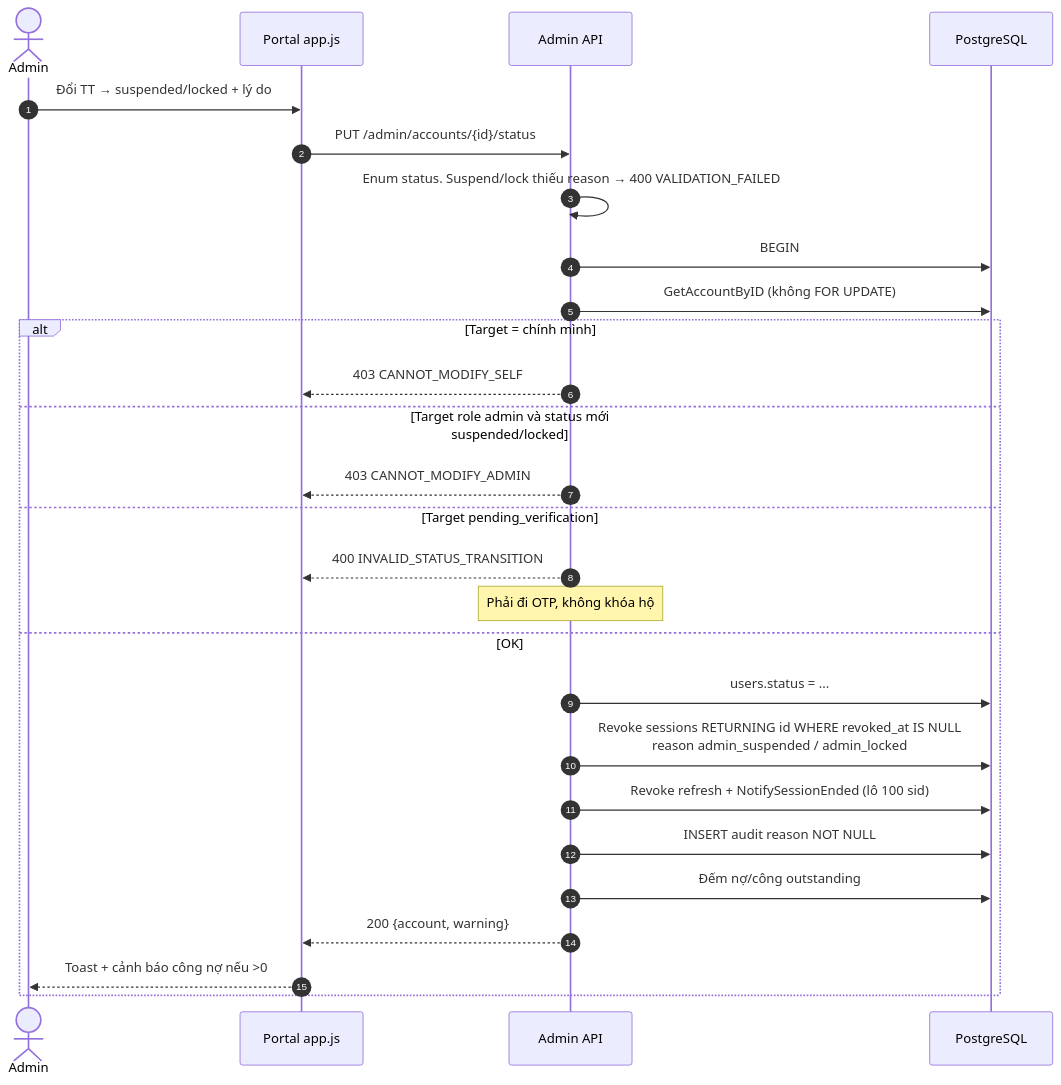
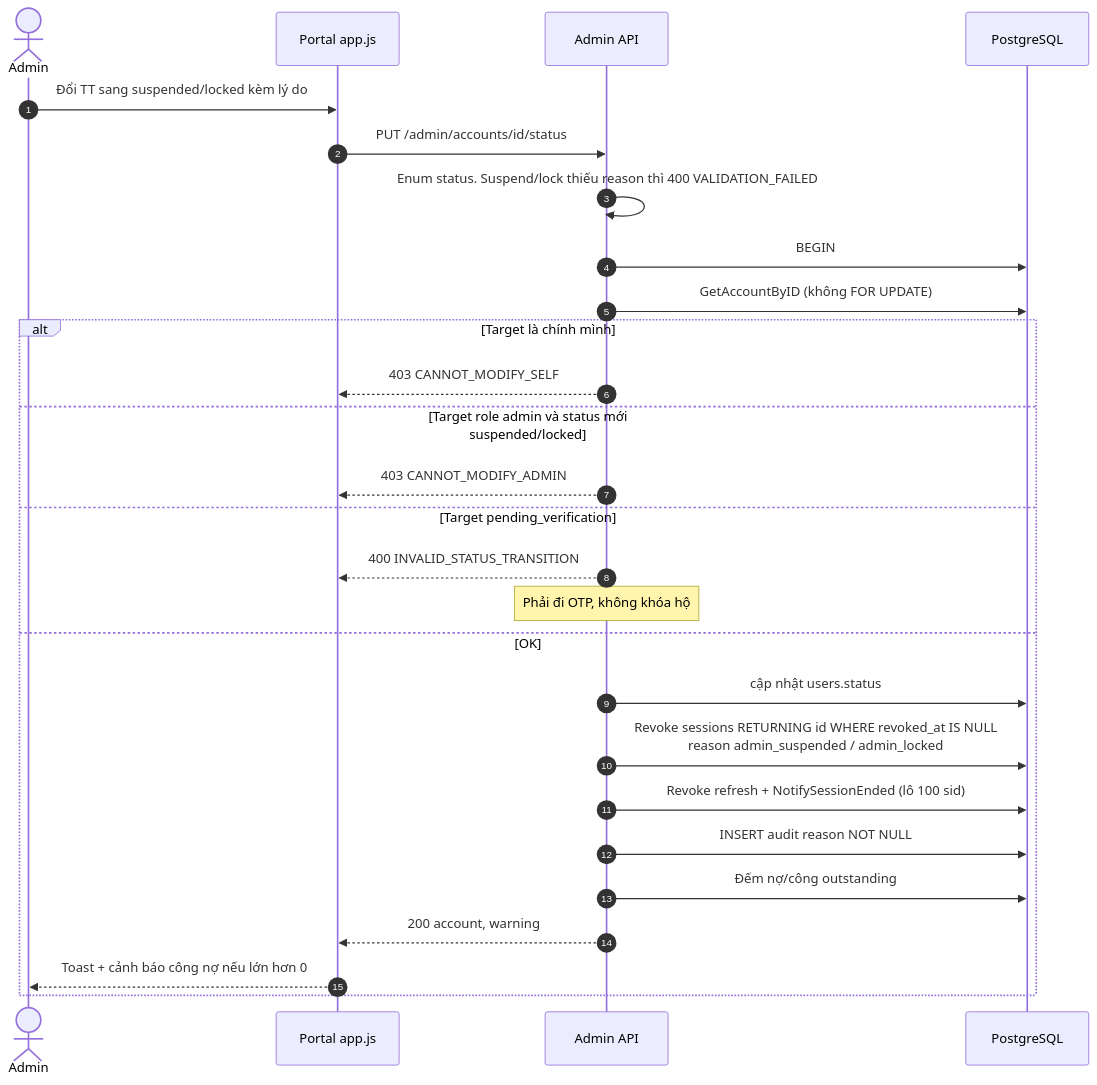
The first of 5 diagrams in flow/06-admin.md (FintechVSF-Tranning/PaySplit-RP), drawn with Mermaid before and after one commit. The commit also changed other lines of this file and 7 other files, not shown here.

First line of the commit message:
Refactor notification flow and admin management documentation

````diff
--- a/flow/06-admin.md
+++ b/flow/06-admin.md
@@ -70,30 +70,30 @@
 ```mermaid
 sequenceDiagram
     autonumber
     actor A as Admin
     participant FE as Portal app.js
     participant BE as Admin API
     participant DB as PostgreSQL
 
-    A->>FE: Đổi TT → suspended/locked + lý do
-    FE->>BE: PUT /admin/accounts/{id}/status
-    BE->>BE: Enum status. Suspend/lock thiếu reason → 400 VALIDATION_FAILED
+    A->>FE: Đổi TT sang suspended/locked kèm lý do
+    FE->>BE: PUT /admin/accounts/id/status
+    BE->>BE: Enum status. Suspend/lock thiếu reason thì 400 VALIDATION_FAILED
     BE->>DB: BEGIN
     BE->>DB: GetAccountByID (không FOR UPDATE)
-    alt Target = chính mình
+    alt Target là chính mình
         BE-->>FE: 403 CANNOT_MODIFY_SELF
     else Target role admin và status mới suspended/locked
         BE-->>FE: 403 CANNOT_MODIFY_ADMIN
     else Target pending_verification
         BE-->>FE: 400 INVALID_STATUS_TRANSITION
         Note over BE: Phải đi OTP, không khóa hộ
     else OK
-        BE->>DB: users.status = ...
+        BE->>DB: cập nhật users.status
         BE->>DB: Revoke sessions RETURNING id WHERE revoked_at IS NULL<br/>reason admin_suspended / admin_locked
         BE->>DB: Revoke refresh + NotifySessionEnded (lô 100 sid)
         BE->>DB: INSERT audit reason NOT NULL
         BE->>DB: Đếm nợ/công outstanding
-        BE-->>FE: 200 {account, warning}
-        FE-->>A: Toast + cảnh báo công nợ nếu >0
+        BE-->>FE: 200 account, warning
+        FE-->>A: Toast + cảnh báo công nợ nếu lớn hơn 0
     end
 ```
````
